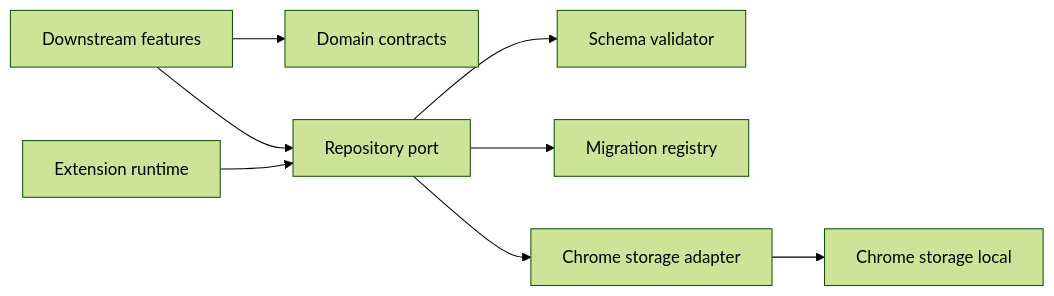
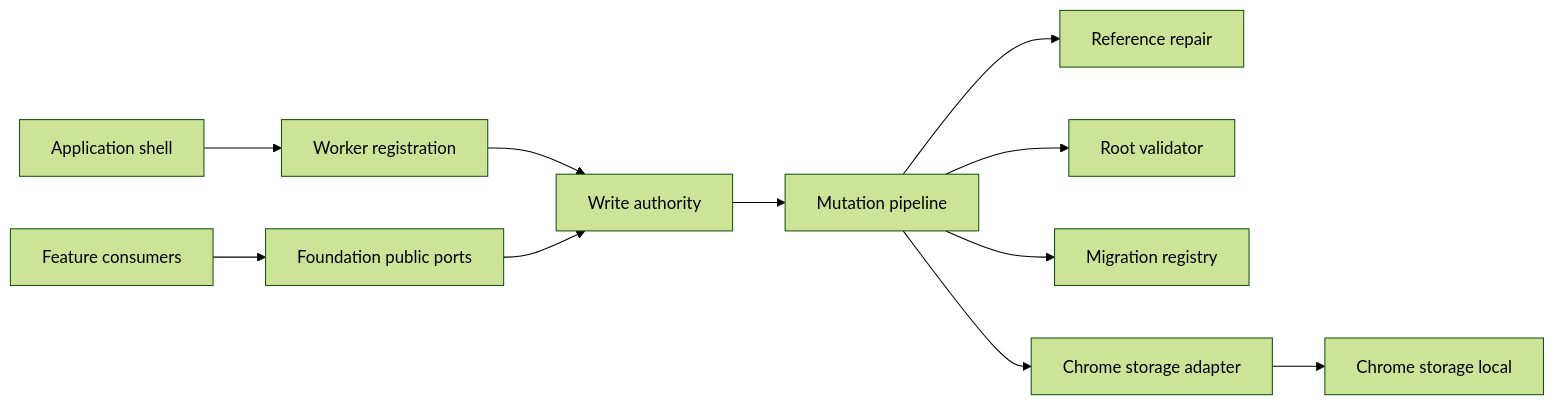
Before and after one commit to Huruikagi/pc-build-planner: the first of 4 diagrams in .kiro/specs/local-data-foundation/design.md, drawn with Mermaid (forest theme). The commit also changed other lines of this file and 4 other files, not shown here.

Commit message:
docs(local-data-foundation): 設計と実装計画を更新する

````diff
--- a/.kiro/specs/local-data-foundation/design.md
+++ b/.kiro/specs/local-data-foundation/design.md
@@ -49,10 +55,13 @@
 ```mermaid
 graph LR
-    Downstream[Downstream features] --> Domain[Domain contracts]
-    Downstream --> Repository[Repository port]
-    Runtime[Extension runtime] --> Repository
-    Repository --> Validator[Schema validator]
-    Repository --> Migration[Migration registry]
-    Repository --> Storage[Chrome storage adapter]
-    Storage --> Chrome[Chrome storage local]
+    Feature[Feature consumers] --> Ports[Foundation public ports]
+    Shell[Application shell] --> Registration[Worker registration]
+    Registration --> Authority[Write authority]
+    Ports --> Authority
+    Authority --> Mutation[Mutation pipeline]
+    Mutation --> Repair[Reference repair]
+    Mutation --> Validator[Root validator]
+    Mutation --> Migration[Migration registry]
+    Mutation --> Adapter[Chrome storage adapter]
+    Adapter --> Storage[Chrome storage local]
 ```
````
